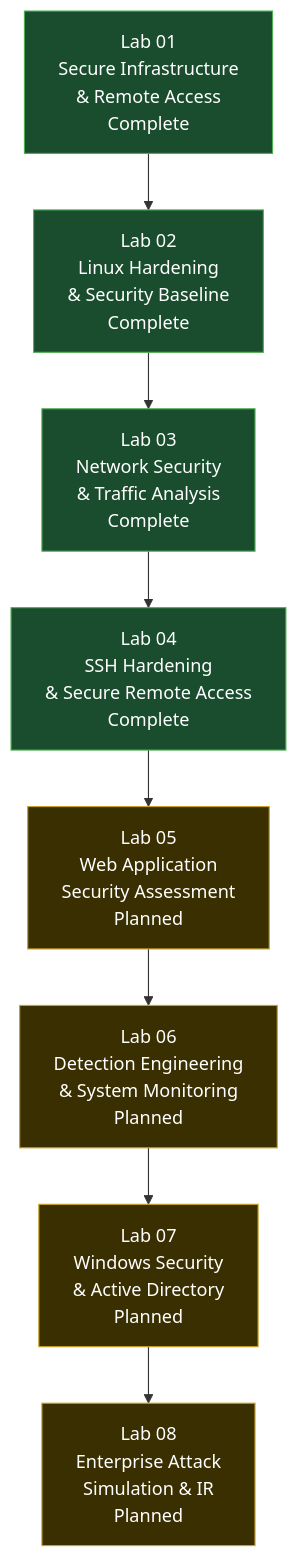
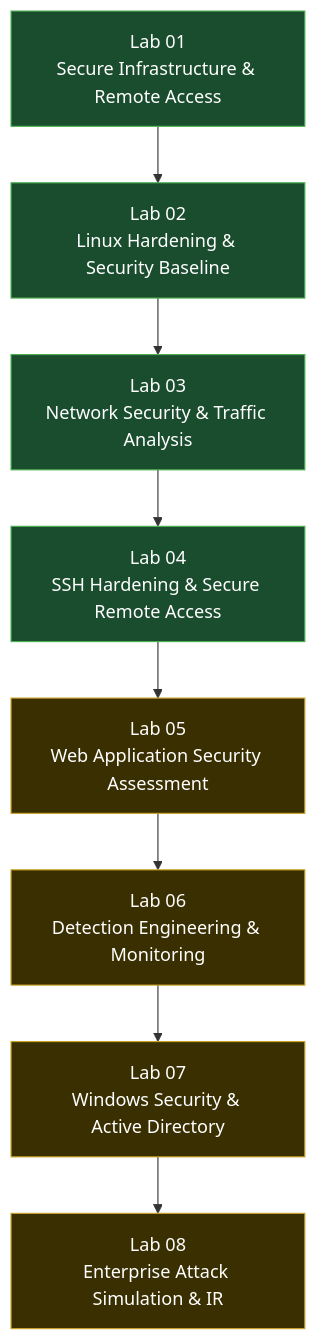
The diagram in README.md (siakin110605/CyberSecurity-HomeLab), drawn with Mermaid before and after one commit. The commit also changed other lines of this file and 1 other file, not shown here.

````diff
--- a/README.md
+++ b/README.md
@@ -25,18 +13,18 @@
 ```mermaid
 graph TD
-    L1["Lab 01<br/>Secure Infrastructure<br/>& Remote Access<br/>Complete"]
-    L2["Lab 02<br/>Linux Hardening<br/>& Security Baseline<br/>Complete"]
-    L3["Lab 03<br/>Network Security<br/>& Traffic Analysis<br/>Complete"]
-    L4["Lab 04<br/>SSH Hardening<br/>& Secure Remote Access<br/>Complete"]
-    L5["Lab 05<br/>Web Application<br/>Security Assessment<br/>Planned"]
-    L6["Lab 06<br/>Detection Engineering<br/>& System Monitoring<br/>Planned"]
-    L7["Lab 07<br/>Windows Security<br/>& Active Directory<br/>Planned"]
-    L8["Lab 08<br/>Enterprise Attack<br/>Simulation & IR<br/>Planned"]
+    L1["Lab 01<br/>Secure Infrastructure & Remote Access"]
+    L2["Lab 02<br/>Linux Hardening & Security Baseline"]
+    L3["Lab 03<br/>Network Security & Traffic Analysis"]
+    L4["Lab 04<br/>SSH Hardening & Secure Remote Access"]
+    L5["Lab 05<br/>Web Application Security Assessment"]
+    L6["Lab 06<br/>Detection Engineering & Monitoring"]
+    L7["Lab 07<br/>Windows Security & Active Directory"]
+    L8["Lab 08<br/>Enterprise Attack Simulation & IR"]
 
     L1 --> L2 --> L3 --> L4 --> L5 --> L6 --> L7 --> L8
 
     classDef done fill:#1a4d2e,stroke:#4caf50,color:#fff
     classDef planned fill:#3a2f00,stroke:#c9a227,color:#fff
     class L1,L2,L3,L4 done
     class L5,L6,L7,L8 planned
 ```
````
